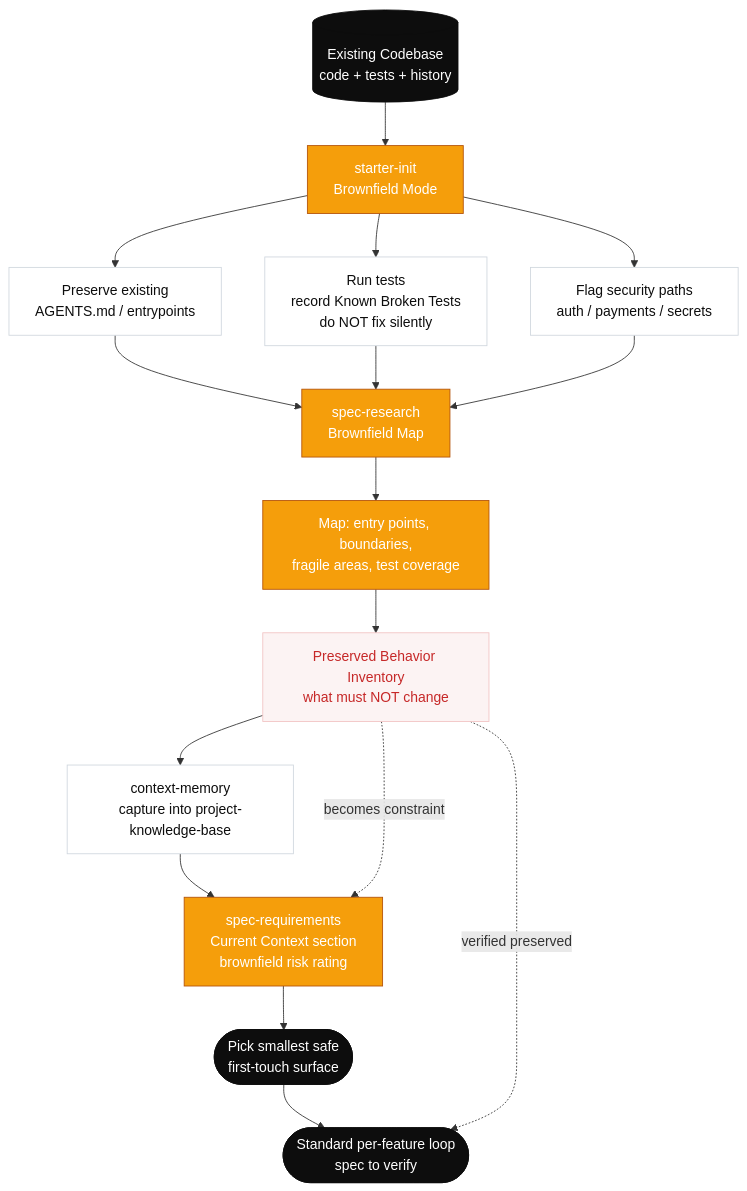
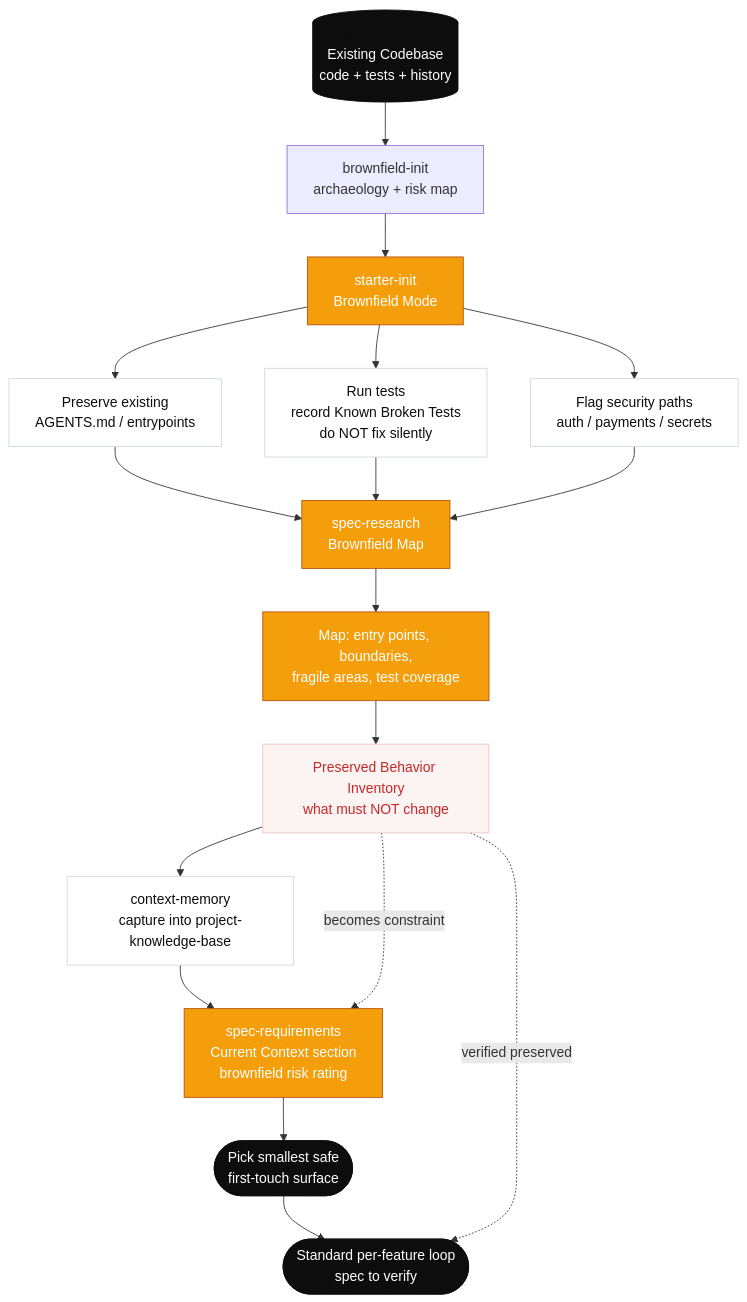
One commit to thaihai-swe/CoreZero-Nexus changed the second of 2 diagrams in documents/adoption-strategies.md. Above: the diagram before and after it, drawn with Mermaid. The commit also changed 8 other files, not shown here.

Commit message:
patch: Update starter-init to require brownfield-init for brownfield repos and add vibe-coded mode

````diff
--- a/documents/adoption-strategies.md
+++ b/documents/adoption-strategies.md
@@ -150,35 +150,36 @@
 ```mermaid
 flowchart TD
     %% Brownfield Reverse Flow — understand before changing
 
-    CODE[(Existing Codebase<br/>code + tests + history)] --> INIT[starter-init<br/>Brownfield Mode]
+    CODE[(Existing Codebase<br/>code + tests + history)] --> ARCH[brownfield-init<br/>archaeology + risk map]
+    ARCH --> INIT[starter-init<br/>Brownfield Mode]
 
     INIT --> PRESERVE[Preserve existing<br/>AGENTS.md / entrypoints]
     INIT --> BROKEN[Run tests<br/>record Known Broken Tests<br/>do NOT fix silently]
     INIT --> FLAG[Flag security paths<br/>auth / payments / secrets]
 
     PRESERVE --> RESEARCH
     BROKEN --> RESEARCH
     FLAG --> RESEARCH[spec-research<br/>Brownfield Map]
 
     RESEARCH --> MAP[Map: entry points, boundaries,<br/>fragile areas, test coverage]
     MAP --> INV[Preserved Behavior Inventory<br/>what must NOT change]
     INV --> MEM[context-memory<br/>capture into project-knowledge-base]
 
     MEM --> SPEC[spec-requirements<br/>Current Context section<br/>brownfield risk rating]
     SPEC --> SAFE([Pick smallest safe<br/>first-touch surface])
     SAFE --> LOOP([Standard per-feature loop<br/>spec to verify])
 
     INV -.->|becomes constraint| SPEC
     INV -.->|verified preserved| LOOP
 
     classDef terminal fill:#0d0d0d,stroke:#0d0d0d,color:#fff
     classDef brown fill:#f59e0b,stroke:#b45309,color:#fff
     classDef step fill:#fff,stroke:#d0d7de,color:#0d0d0d
     classDef preserve fill:#fcf3f3,stroke:#f2c4c4,color:#c62828
 
     class CODE,SAFE,LOOP terminal
     class INIT,RESEARCH,MAP,SPEC brown
     class PRESERVE,BROKEN,FLAG,MEM step
     class INV preserve
 ```
````
